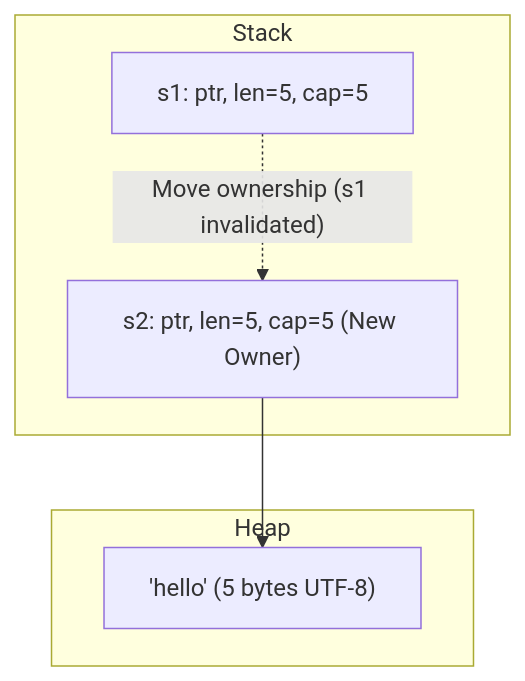
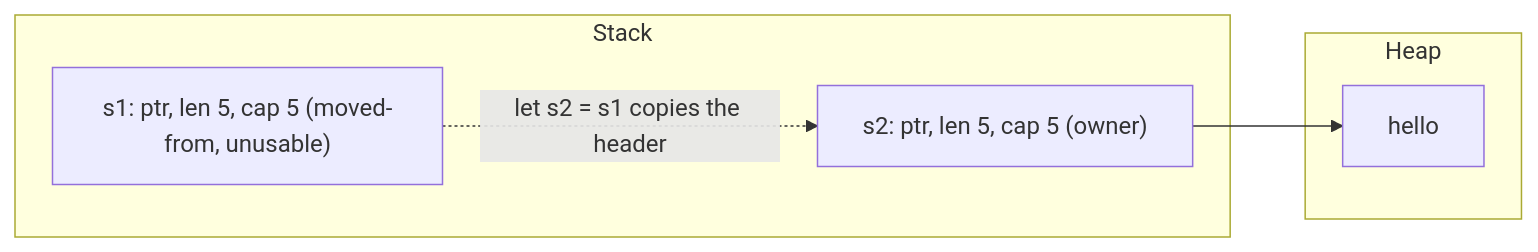
One commit to TheLearningHubOrg/learn-rust changed the ninth of 23 diagrams in README.md. Above: the diagram before and after it, drawn with Mermaid. The commit also changed other lines of this file and 23 other files, not shown here.

````diff
--- a/README.md
+++ b/README.md
@@ -302,13 +1245,12 @@
 ```mermaid
-graph TD
+flowchart LR
     subgraph Stack
-        S1["s1: ptr, len=5, cap=5"]
-        S2["s2: ptr, len=5, cap=5 (New Owner)"]
+        S1["s1: ptr, len 5, cap 5 (moved-from, unusable)"]
+        S2["s2: ptr, len 5, cap 5 (owner)"]
     end
     subgraph Heap
-        H1["'hello' (5 bytes UTF-8)"]
+        H1["hello"]
     end
-    
-    S1 -. "Move ownership (s1 invalidated)" .-> S2
+    S1 -. "let s2 = s1 copies the header" .-> S2
     S2 --> H1
 ```
````
